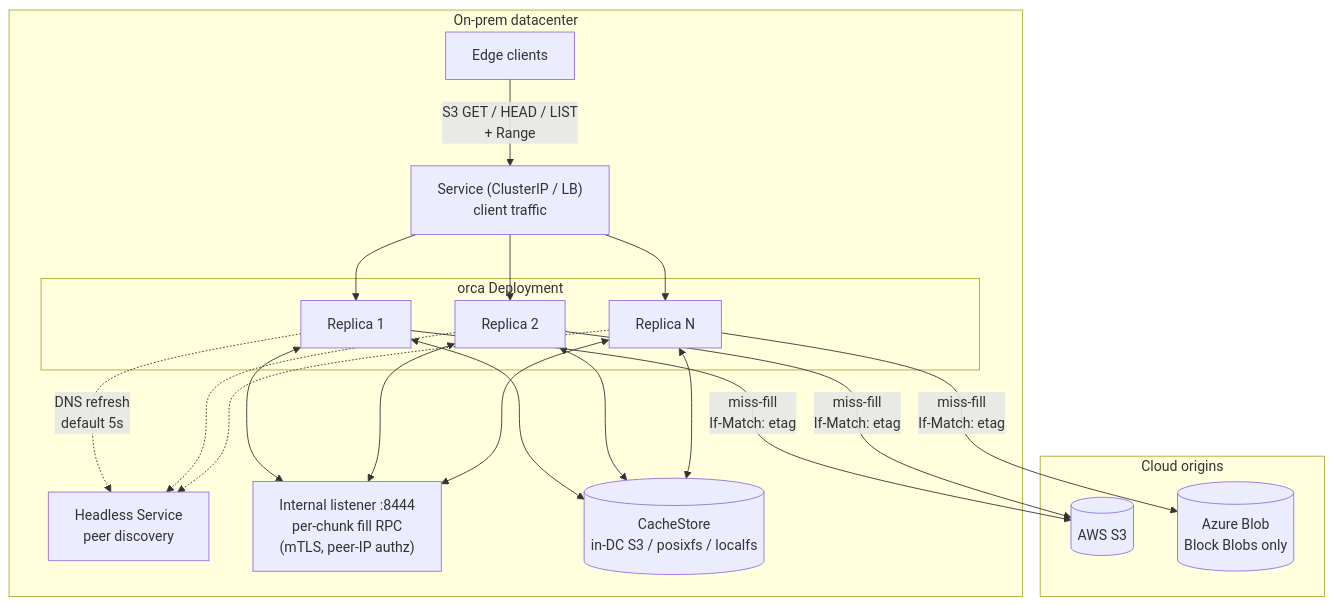
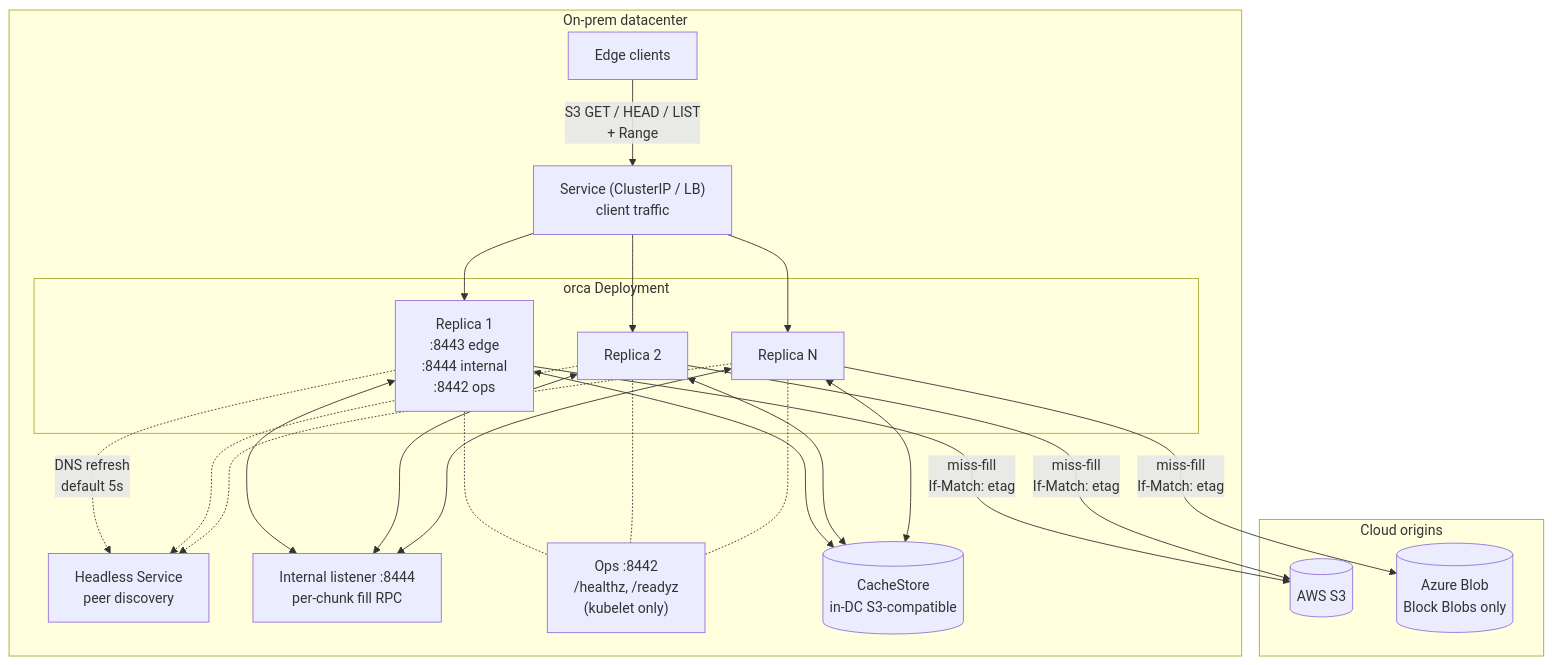
The first of 2 diagrams in design/orca/brief.md (Azure/unbounded), drawn with Mermaid before and after one commit. The commit also changed other lines of this file and 5 other files, not shown here.

````diff
--- a/design/orca/brief.md
+++ b/design/orca/brief.md
@@ -63,35 +64,39 @@
 ```mermaid
 graph TB
     subgraph DC["On-prem datacenter"]
         Clients["Edge clients"]
         Service["Service (ClusterIP / LB)<br/>client traffic"]
         subgraph Replicas["orca Deployment"]
-            R1["Replica 1"]
+            R1["Replica 1<br/>:8443 edge<br/>:8444 internal<br/>:8442 ops"]
             R2["Replica 2"]
             R3["Replica N"]
         end
         Headless["Headless Service<br/>peer discovery"]
-        Internal["Internal listener :8444<br/>per-chunk fill RPC<br/>(mTLS, peer-IP authz)"]
-        CS[("CacheStore<br/>in-DC S3 / posixfs / localfs")]
+        Internal["Internal listener :8444<br/>per-chunk fill RPC"]
+        Ops["Ops :8442<br/>/healthz, /readyz<br/>(kubelet only)"]
+        CS[("CacheStore<br/>in-DC S3-compatible")]
     end
     subgraph Cloud["Cloud origins"]
         S3[("AWS S3")]
         Azure[("Azure Blob<br/>Block Blobs only")]
     end
     Clients -- "S3 GET / HEAD / LIST<br/>+ Range" --> Service
     Service --> R1
     Service --> R2
     Service --> R3
     R1 -. "DNS refresh<br/>default 5s" .-> Headless
     R2 -.-> Headless
     R3 -.-> Headless
     R1 <--> Internal
     R2 <--> Internal
     R3 <--> Internal
+    R1 -.- Ops
+    R2 -.- Ops
+    R3 -.- Ops
     R1 <--> CS
     R2 <--> CS
     R3 <--> CS
     R1 -- "miss-fill<br/>If-Match: etag" --> S3
     R2 -- "miss-fill<br/>If-Match: etag" --> S3
     R3 -- "miss-fill<br/>If-Match: etag" --> Azure
 ```
````
